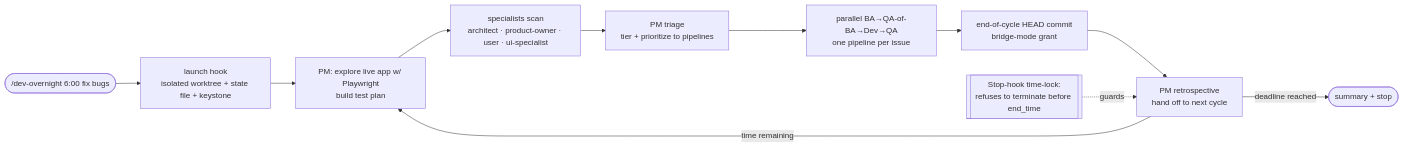
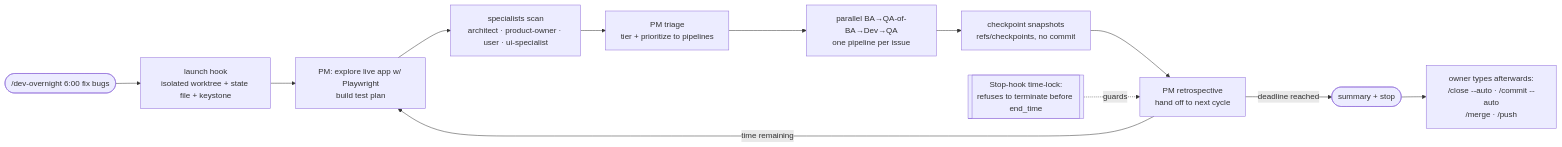
The fifth of 5 diagrams in ARCHITECTURE.md (Yugoge/awesome-claude-harness), drawn with Mermaid before and after one commit. The commit also changed other lines of this file and 1 other file, not shown here.

Commit message:
P2 (R16): README and ARCHITECTURE: no per-cycle commit; the owner lands the work
The overnight diagrams' "end-of-cycle commit" node becomes the checkpoint
snapshots (refs/checkpoints, no commit) and gains the owner's landing step.
README's merge-ready line and "verify -> commit loop", and ARCHITECTURE's
"Per-cycle commits are real merge-ready HEAD commits", now say the session
commits nothing and the owner types /close --auto, /commit --auto,
/merge <worktree_branch> (isolated modes) and /push afterwards.

Claude-Session: https://claude.ai/code/session_019236i7a6uuCFTRf4UE1ifa

````diff
--- a/ARCHITECTURE.md
+++ b/ARCHITECTURE.md
@@ -307,14 +307,15 @@
 ```mermaid
 flowchart LR
     S([/dev-overnight 6:00 fix bugs]) --> WT[launch hook<br/>isolated worktree + state file + keystone]
     WT --> PM[PM: explore live app w/ Playwright<br/>build test plan]
     PM --> SP[specialists scan<br/>architect · product-owner · user · ui-specialist]
     SP --> TR[PM triage<br/>tier + prioritize to pipelines]
     TR --> PARA[parallel BA→QA-of-BA→Dev→QA<br/>one pipeline per issue]
-    PARA --> CM[end-of-cycle HEAD commit<br/>bridge-mode grant]
+    PARA --> CM[checkpoint snapshots<br/>refs/checkpoints, no commit]
     CM --> RT[PM retrospective<br/>hand off to next cycle]
     RT -->|time remaining| PM
     RT -->|deadline reached| SUM([summary + stop])
+    SUM --> LAND["owner types afterwards:<br/>/close --auto · /commit --auto<br/>/merge · /push"]
 
     TL[[Stop-hook time-lock:<br/>refuses to terminate before end_time]] -.guards.-> RT
 ```
````
